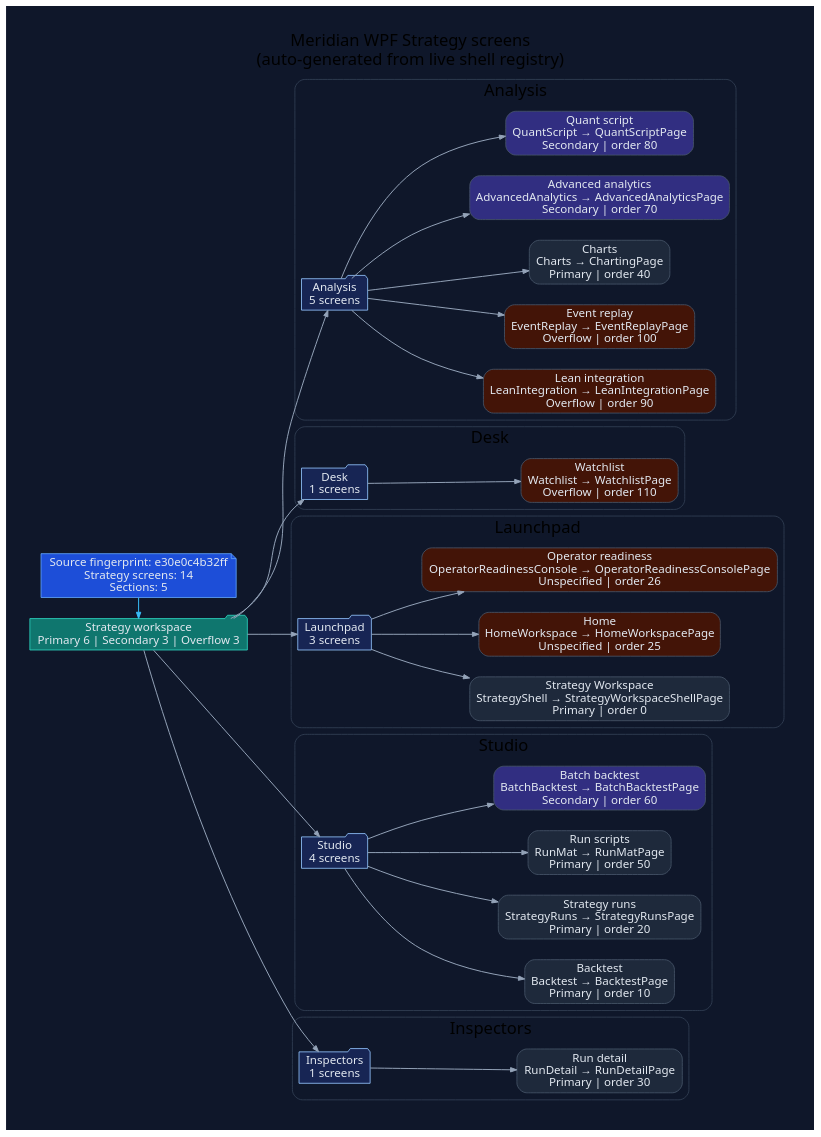
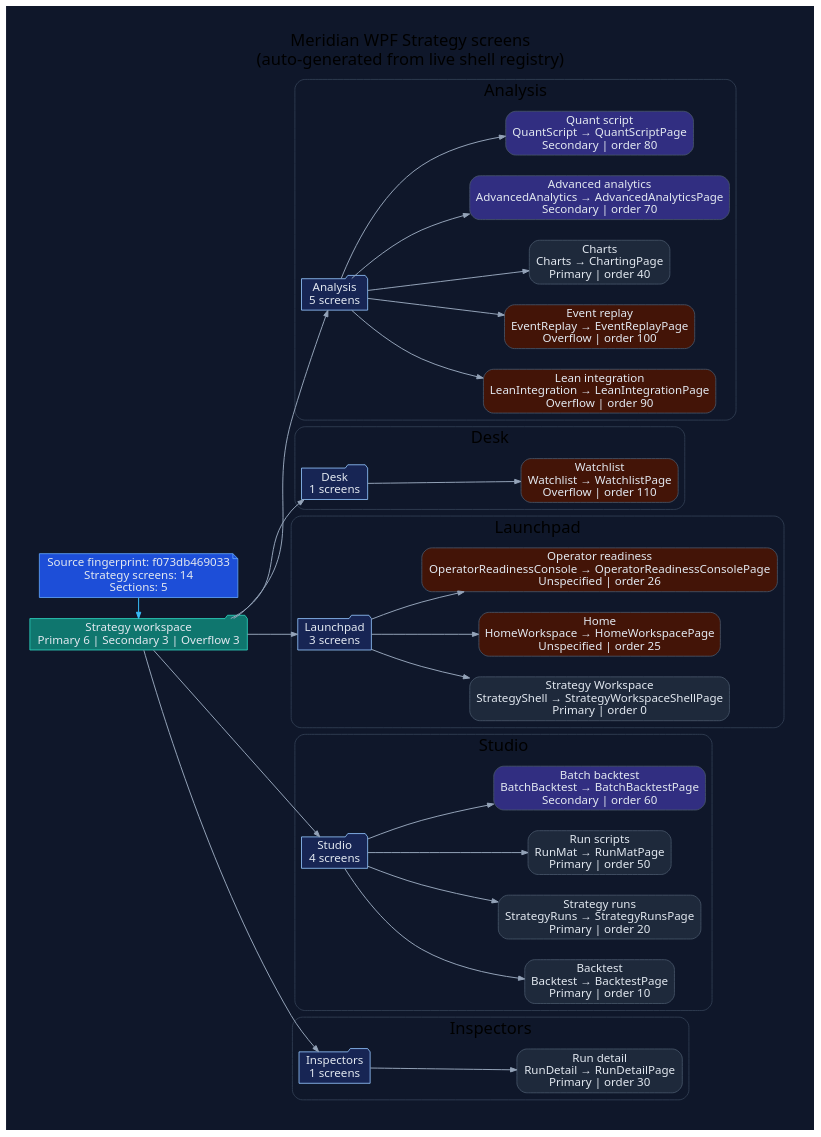
Before and after one commit to rodoHasArrived/Meridian-main: the diagram in docs/diagrams/ui/ui-wpf-screens-strategy.dot, drawn with Graphviz. The commit also changed 45 other files, not shown here.

First line of the commit message:
Regenerate WPF diagrams and screen tracker for the review fixes

```diff
--- a/docs/diagrams/ui/ui-wpf-screens-strategy.dot
+++ b/docs/diagrams/ui/ui-wpf-screens-strategy.dot
@@ -1,94 +1,94 @@
 // -----------------------------------------------------------------------------
 // <auto-generated>
 // Generated by scripts/generate-diagrams.mjs.
 // Do not edit this file directly; update the WPF source files instead.
 // -----------------------------------------------------------------------------
 digraph WpfStrategyScreens {
   graph [
     rankdir=LR,
     labelloc=t,
     label="Meridian WPF Strategy screens\n(auto-generated from live shell registry)",
     fontname="Segoe UI",
     fontsize=20,
     pad=0.4,
     nodesep=0.35,
     ranksep=0.85,
     bgcolor="#0f172a"
   ];
   node [fontname="Segoe UI", shape=box, style="rounded,filled", color="#475569", fontcolor="#e2e8f0", fillcolor="#1e293b"];
   edge [fontname="Segoe UI", color="#94a3b8", penwidth=1.2, arrowsize=0.75];
 
-  generated [shape=note, fillcolor="#1d4ed8", color="#60a5fa", label="Source fingerprint: e30e0c4b32ff\nStrategy screens: 14\nSections: 5"];
+  generated [shape=note, fillcolor="#1d4ed8", color="#60a5fa", label="Source fingerprint: f073db469033\nStrategy screens: 14\nSections: 5"];
   workspace [shape=folder, fillcolor="#0f766e", color="#2dd4bf", label="Strategy workspace\nPrimary 6 | Secondary 3 | Overflow 3"];
   generated -> workspace [color="#38bdf8"];
 
   subgraph cluster_section_1 {
     label="Analysis";
     color="#334155";
     style="rounded";
     section_1 [shape=folder, fillcolor="#172554", color="#93c5fd", label="Analysis\n5 screens"];
     workspace -> section_1;
     screen_LeanIntegration [fillcolor="#431407", label="Lean integration\nLeanIntegration → LeanIntegrationPage\nOverflow | order 90"];
     section_1 -> screen_LeanIntegration;
     screen_EventReplay [fillcolor="#431407", label="Event replay\nEventReplay → EventReplayPage\nOverflow | order 100"];
     section_1 -> screen_EventReplay;
     screen_Charts [fillcolor="#1e293b", label="Charts\nCharts → ChartingPage\nPrimary | order 40"];
     section_1 -> screen_Charts;
     screen_AdvancedAnalytics [fillcolor="#312e81", label="Advanced analytics\nAdvancedAnalytics → AdvancedAnalyticsPage\nSecondary | order 70"];
     section_1 -> screen_AdvancedAnalytics;
     screen_QuantScript [fillcolor="#312e81", label="Quant script\nQuantScript → QuantScriptPage\nSecondary | order 80"];
     section_1 -> screen_QuantScript;
   }
 
   subgraph cluster_section_2 {
     label="Desk";
     color="#334155";
     style="rounded";
     section_2 [shape=folder, fillcolor="#172554", color="#93c5fd", label="Desk\n1 screens"];
     workspace -> section_2;
     screen_Watchlist [fillcolor="#431407", label="Watchlist\nWatchlist → WatchlistPage\nOverflow | order 110"];
     section_2 -> screen_Watchlist;
   }
 
   subgraph cluster_section_3 {
     label="Launchpad";
     color="#334155";
     style="rounded";
     section_3 [shape=folder, fillcolor="#172554", color="#93c5fd", label="Launchpad\n3 screens"];
     workspace -> section_3;
     screen_StrategyShell [fillcolor="#1e293b", label="Strategy Workspace\nStrategyShell → StrategyWorkspaceShellPage\nPrimary | order 0"];
     section_3 -> screen_StrategyShell;
     screen_HomeWorkspace [fillcolor="#431407", label="Home\nHomeWorkspace → HomeWorkspacePage\nUnspecified | order 25"];
     section_3 -> screen_HomeWorkspace;
     screen_OperatorReadinessConsole [fillcolor="#431407", label="Operator readiness\nOperatorReadinessConsole → OperatorReadinessConsolePage\nUnspecified | order 26"];
     section_3 -> screen_OperatorReadinessConsole;
   }
 
   subgraph cluster_section_4 {
     label="Studio";
     color="#334155";
     style="rounded";
     section_4 [shape=folder, fillcolor="#172554", color="#93c5fd", label="Studio\n4 screens"];
     workspace -> section_4;
     screen_Backtest [fillcolor="#1e293b", label="Backtest\nBacktest → BacktestPage\nPrimary | order 10"];
     section_4 -> screen_Backtest;
     screen_StrategyRuns [fillcolor="#1e293b", label="Strategy runs\nStrategyRuns → StrategyRunsPage\nPrimary | order 20"];
     section_4 -> screen_StrategyRuns;
     screen_RunMat [fillcolor="#1e293b", label="Run scripts\nRunMat → RunMatPage\nPrimary | order 50"];
     section_4 -> screen_RunMat;
     screen_BatchBacktest [fillcolor="#312e81", label="Batch backtest\nBatchBacktest → BatchBacktestPage\nSecondary | order 60"];
     section_4 -> screen_BatchBacktest;
   }
 
   subgraph cluster_section_5 {
     label="Inspectors";
     color="#334155";
     style="rounded";
     section_5 [shape=folder, fillcolor="#172554", color="#93c5fd", label="Inspectors\n1 screens"];
     workspace -> section_5;
     screen_RunDetail [fillcolor="#1e293b", label="Run detail\nRunDetail → RunDetailPage\nPrimary | order 30"];
     section_5 -> screen_RunDetail;
   }
 
   { rank=min; generated; workspace; }
 }
```
